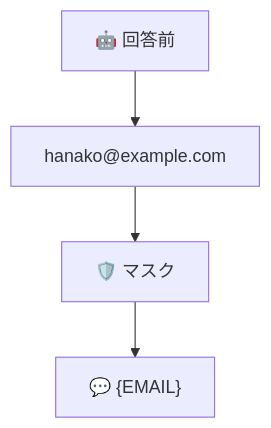
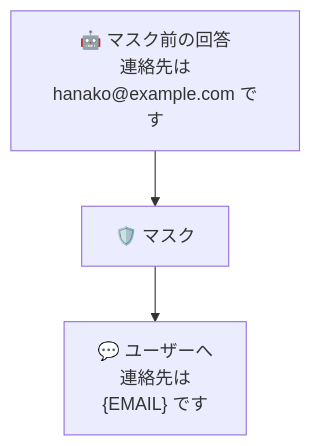
Before and after one commit to kkoch5t2/zenn-contents: the third of 3 diagrams in articles/bedrock-guardrails-pii-logging.md, drawn with Mermaid. The commit also changed other lines of this file, not shown here.

````diff
--- a/articles/bedrock-guardrails-pii-logging.md
+++ b/articles/bedrock-guardrails-pii-logging.md
@@ -65,6 +64,6 @@
 ```mermaid
 flowchart TD
-    O1["🤖 回答前"] --> O2["hanako@example.com"]
-    O2 --> G2["🛡️ マスク"]
-    G2 --> O3["💬 {EMAIL}"]
+    O1["🤖 マスク前の回答<br/>連絡先は<br/>hanako@example.com です"]
+    O1 --> G2["🛡️ マスク"]
+    G2 --> O2["💬 ユーザーへ<br/>連絡先は<br/>{EMAIL} です"]
 ```
````
